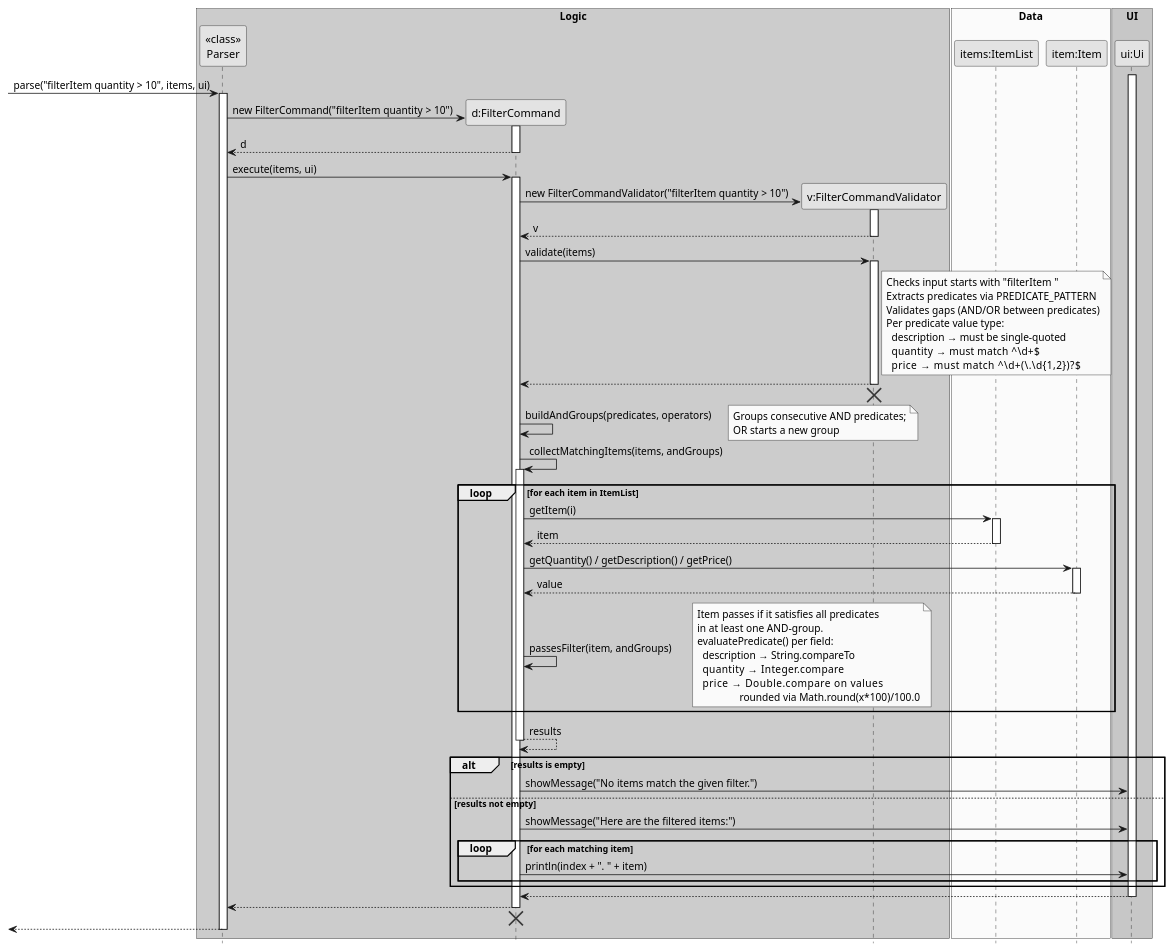
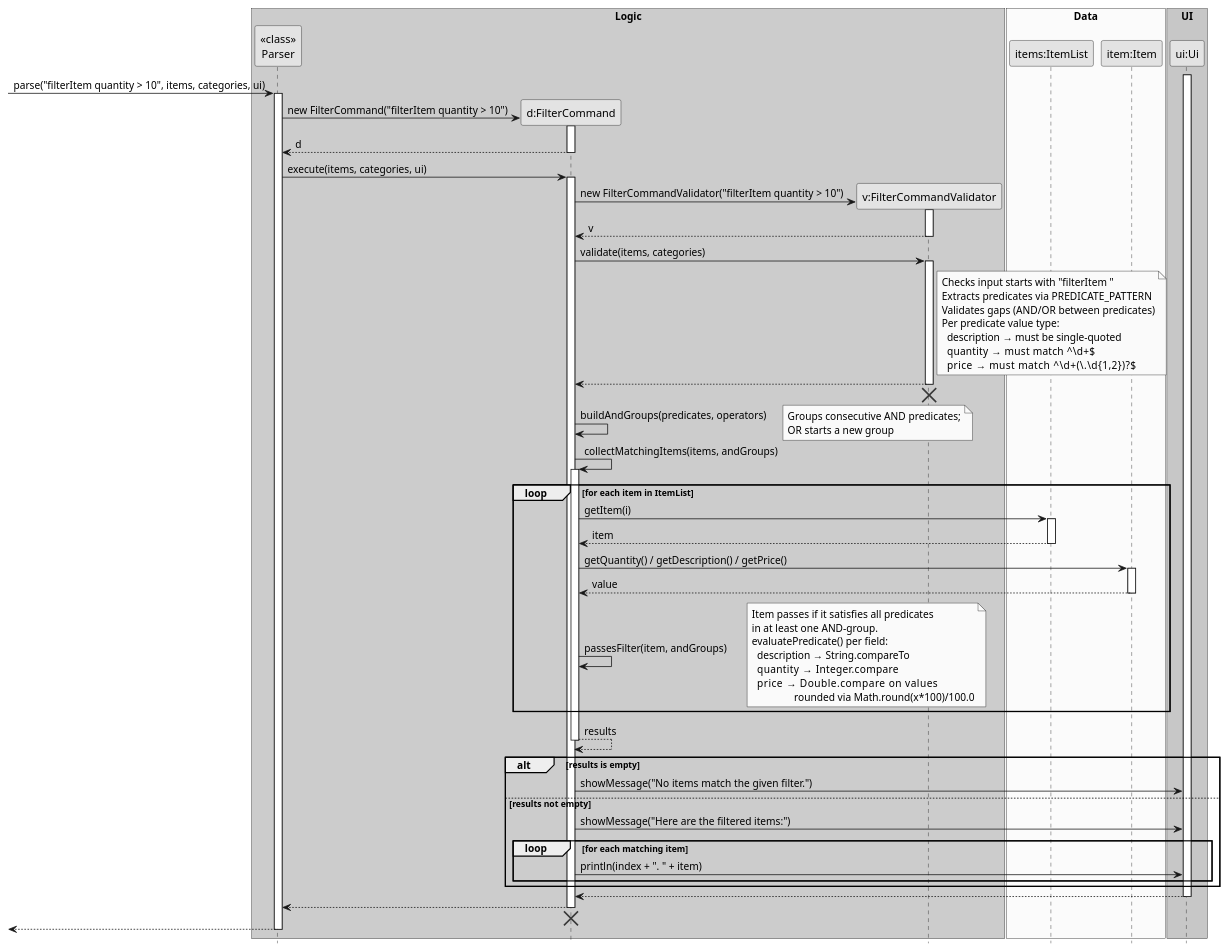
One commit to adbsw/tp changed the diagram in docs/diagrams/FilterCommandSequenceDiagram.puml. Above: the diagram before and after it, drawn with PlantUML. The commit also changed 7 other files, not shown here.

```diff
--- a/docs/diagrams/FilterCommandSequenceDiagram.puml
+++ b/docs/diagrams/FilterCommandSequenceDiagram.puml
@@ -1,108 +1,108 @@
 @startuml
 skinparam monochrome true
 skinparam shadowing false
 hide footbox
 
 box "Logic" #LightBlue
 participant "<<class>>\nParser" as Parser
 participant "d:FilterCommand" as FilterCommand
 participant "v:FilterCommandValidator" as FilterCommandValidator
 end box
 
 box "Data" #LightYellow
 participant "items:ItemList" as ItemList
 participant "item:Item" as Item
 end box
 
 box "UI" #LightGreen
 participant "ui:Ui" as Ui
 end box
 
--> Parser : parse("filterItem quantity > 10", items, ui)
+-> Parser : parse("filterItem quantity > 10", items, categories, ui)
 activate Parser
 
 create FilterCommand
 Parser -> FilterCommand : new FilterCommand("filterItem quantity > 10")
 activate FilterCommand
 FilterCommand --> Parser : d
 deactivate FilterCommand
 
-Parser -> FilterCommand : execute(items, ui)
+Parser -> FilterCommand : execute(items, categories, ui)
 activate FilterCommand
 
 create FilterCommandValidator
 FilterCommand -> FilterCommandValidator : new FilterCommandValidator("filterItem quantity > 10")
 activate FilterCommandValidator
 FilterCommandValidator --> FilterCommand : v
 deactivate FilterCommandValidator
 
-FilterCommand -> FilterCommandValidator : validate(items)
+FilterCommand -> FilterCommandValidator : validate(items, categories)
 activate FilterCommandValidator
 note right of FilterCommandValidator
   Checks input starts with "filterItem "
   Extracts predicates via PREDICATE_PATTERN
   Validates gaps (AND/OR between predicates)
   Per predicate value type:
     description → must be single-quoted
     quantity    → must match ^\d+$
     price       → must match ^\d+(\.\d{1,2})?$
 end note
 FilterCommandValidator --> FilterCommand
 deactivate FilterCommandValidator
 FilterCommandValidator -[hidden]-> FilterCommand
 destroy FilterCommandValidator
 
 FilterCommand -> FilterCommand : buildAndGroups(predicates, operators)
 note right : Groups consecutive AND predicates;\nOR starts a new group
 
 FilterCommand -> FilterCommand : collectMatchingItems(items, andGroups)
 activate FilterCommand
 
 loop for each item in ItemList
     FilterCommand -> ItemList : getItem(i)
     activate ItemList
     ItemList --> FilterCommand : item
     deactivate ItemList
 
     FilterCommand -> Item : getQuantity() / getDescription() / getPrice()
     activate Item
     Item --> FilterCommand : value
     deactivate Item
 
     FilterCommand -> FilterCommand : passesFilter(item, andGroups)
     note right
       Item passes if it satisfies all predicates
       in at least one AND-group.
       evaluatePredicate() per field:
         description → String.compareTo
         quantity    → Integer.compare
         price       → Double.compare on values
                       rounded via Math.round(x*100)/100.0
     end note
 end
 
 FilterCommand --> FilterCommand : results
 deactivate FilterCommand
 
 alt results is empty
     FilterCommand -> Ui : showMessage("No items match the given filter.")
 else results not empty
     FilterCommand -> Ui : showMessage("Here are the filtered items:")
     loop for each matching item
         FilterCommand -> Ui : println(index + ". " + item)
     end
 end
 
 activate Ui
 Ui --> FilterCommand
 deactivate Ui
 
 FilterCommand --> Parser
 deactivate FilterCommand
 FilterCommand -[hidden]-> Parser
 destroy FilterCommand
 
 <-- Parser
 deactivate Parser
 
 @enduml
```
